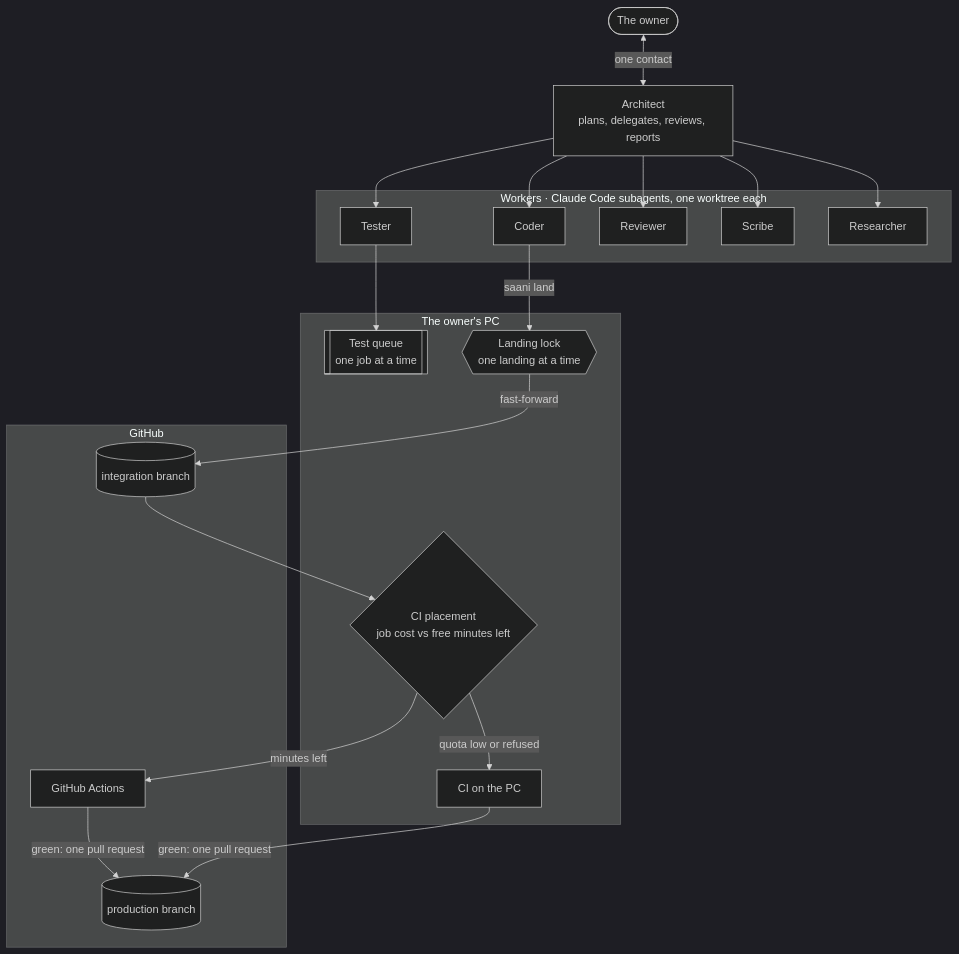
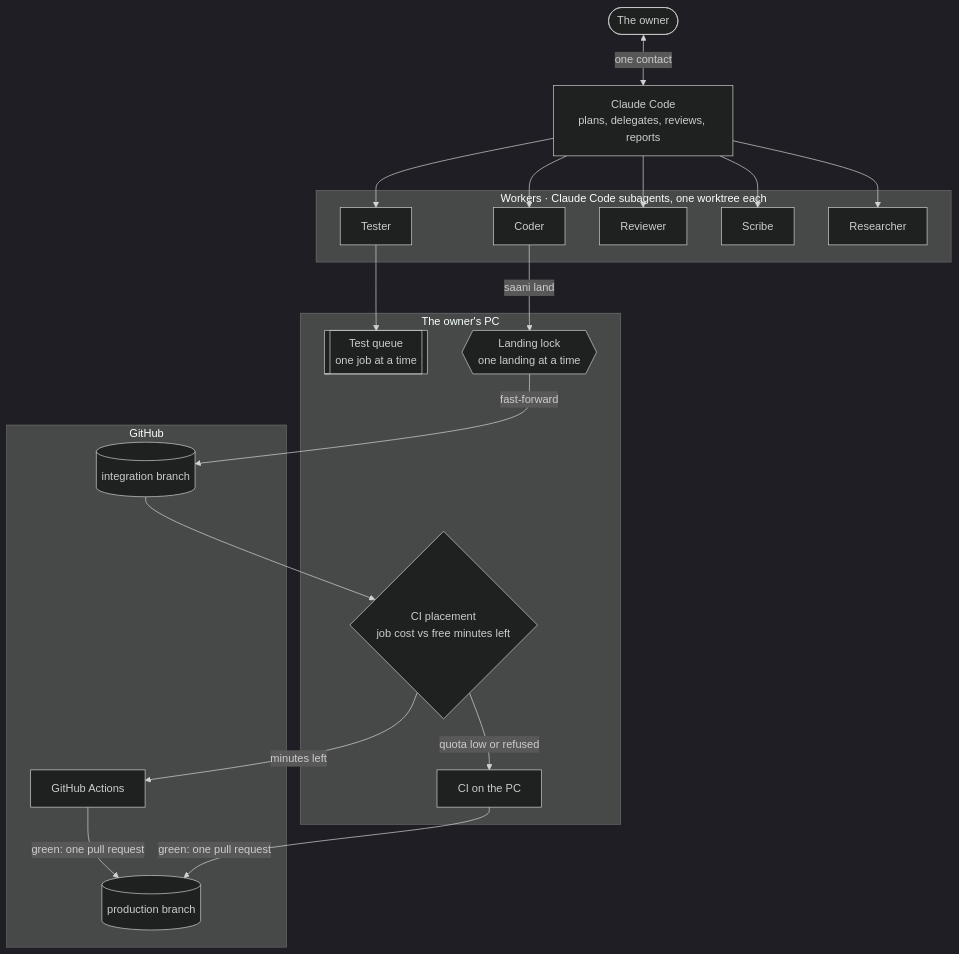
The diagram in docs/SAANI.md (lordlothar99/saani), drawn with Mermaid (dark theme) before and after one commit. The commit also changed other lines of this file and 12 other files, not shown here.

First line of the commit message:
Wording: the main session is Claude Code, no longer "the Architect" (refs #1)

````diff
--- a/docs/SAANI.md
+++ b/docs/SAANI.md
@@ -33,33 +33,33 @@
 ```mermaid
 flowchart TB
     owner(["The owner"])
-    architect["Architect<br/>plans, delegates, reviews, reports"]
+    architect["Claude Code<br/>plans, delegates, reviews, reports"]
     owner <-->|one contact| architect
     subgraph workers["Workers · Claude Code subagents, one worktree each"]
         coder["Coder"]
         tester["Tester"]
         reviewer["Reviewer"]
         scribe["Scribe"]
         researcher["Researcher"]
     end
     architect --> coder & tester & reviewer & scribe & researcher
     subgraph pc["The owner's PC"]
         queue[["Test queue<br/>one job at a time"]]
         lock{{"Landing lock<br/>one landing at a time"}}
         placer{"CI placement<br/>job cost vs free minutes left"}
         localci["CI on the PC"]
     end
     tester --> queue
     coder -->|saani land| lock
     subgraph github["GitHub"]
         integ[("integration branch")]
         prod[("production branch")]
         actions["GitHub Actions"]
     end
     lock -->|fast-forward| integ
     integ --> placer
     placer -->|minutes left| actions
     placer -->|quota low or refused| localci
     actions -->|green: one pull request| prod
     localci -->|green: one pull request| prod
 ```
````
